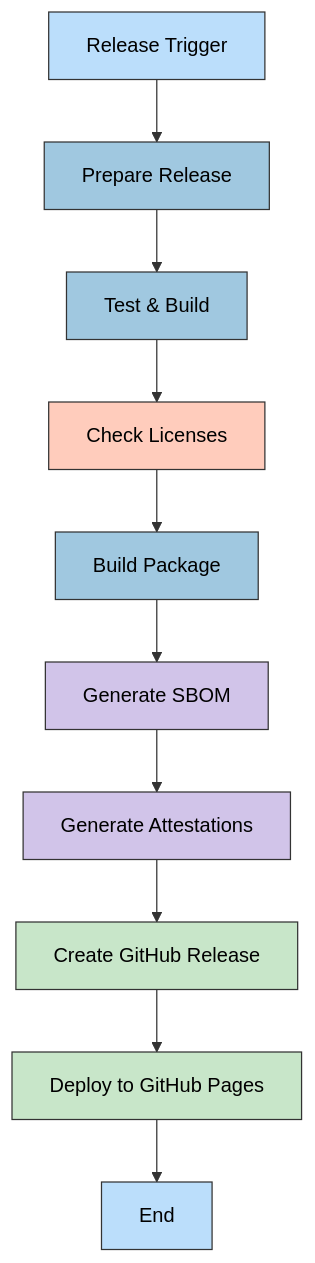
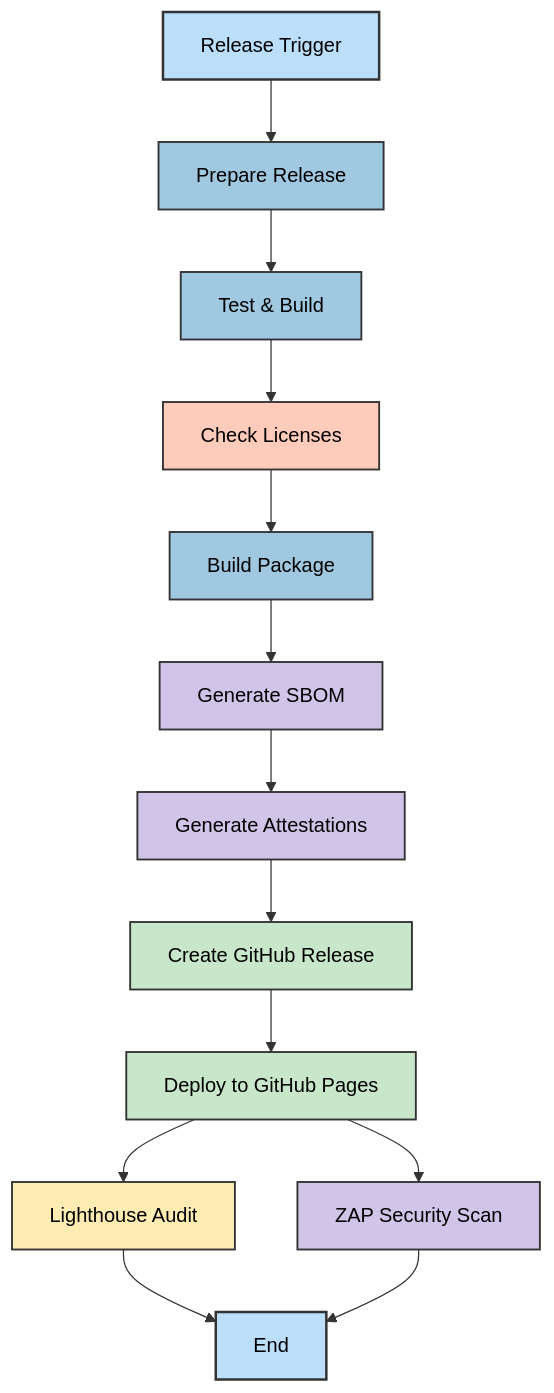
The fourth of 6 diagrams in docs/architecture/WORKFLOWS.md (Hack23/cia-compliance-manager), drawn with Mermaid before and after one commit. The commit also changed other lines of this file, not shown here.

````diff
--- a/docs/architecture/WORKFLOWS.md
+++ b/docs/architecture/WORKFLOWS.md
@@ -143,26 +152,31 @@
 ```mermaid
 flowchart TD
     Start[Release Trigger] --> Prepare[Prepare Release]
     Prepare --> TestBuild[Test & Build]
     TestBuild --> LicenseCheck[Check Licenses]
     LicenseCheck --> Build[Build Package]
     Build --> SBOM[Generate SBOM]
     SBOM --> Attestation[Generate Attestations]
     Attestation --> CreateRelease[Create GitHub Release]
     CreateRelease --> Deploy[Deploy to GitHub Pages]
-    Deploy --> End[End]
+    Deploy --> LighthouseAudit[Lighthouse Audit]
+    Deploy --> ZAPScan[ZAP Security Scan]
+    LighthouseAudit --> End[End]
+    ZAPScan --> End
 
-    %% Cool color styling
-    classDef startNode fill:#bbdefb,stroke:#333,stroke-width:1px,color:black
-    classDef processNode fill:#a0c8e0,stroke:#333,stroke-width:1px,color:black
-    classDef securityNode fill:#d1c4e9,stroke:#333,stroke-width:1px,color:black
-    classDef deployNode fill:#c8e6c9,stroke:#333,stroke-width:1px,color:black
-    classDef endNode fill:#86b5d9,stroke:#333,stroke-width:1px,color:black
-    classDef checkNode fill:#ffccbc,stroke:#333,stroke-width:1px,color:black
+    %% Enhanced styling with better visual hierarchy
+    classDef startNode fill:#bbdefb,stroke:#333,stroke-width:2px,color:black
+    classDef processNode fill:#a0c8e0,stroke:#333,stroke-width:1.5px,color:black
+    classDef securityNode fill:#d1c4e9,stroke:#333,stroke-width:1.5px,color:black
+    classDef deployNode fill:#c8e6c9,stroke:#333,stroke-width:1.5px,color:black
+    classDef endNode fill:#86b5d9,stroke:#333,stroke-width:2px,color:black
+    classDef checkNode fill:#ffccbc,stroke:#333,stroke-width:1.5px,color:black
+    classDef auditNode fill:#ffecb3,stroke:#333,stroke-width:1.5px,color:black
 
     class Start,End startNode
     class Prepare,TestBuild,Build processNode
-    class SBOM,Attestation securityNode
+    class SBOM,Attestation,ZAPScan securityNode
     class CreateRelease,Deploy deployNode
     class LicenseCheck checkNode
+    class LighthouseAudit auditNode
 ```
````
